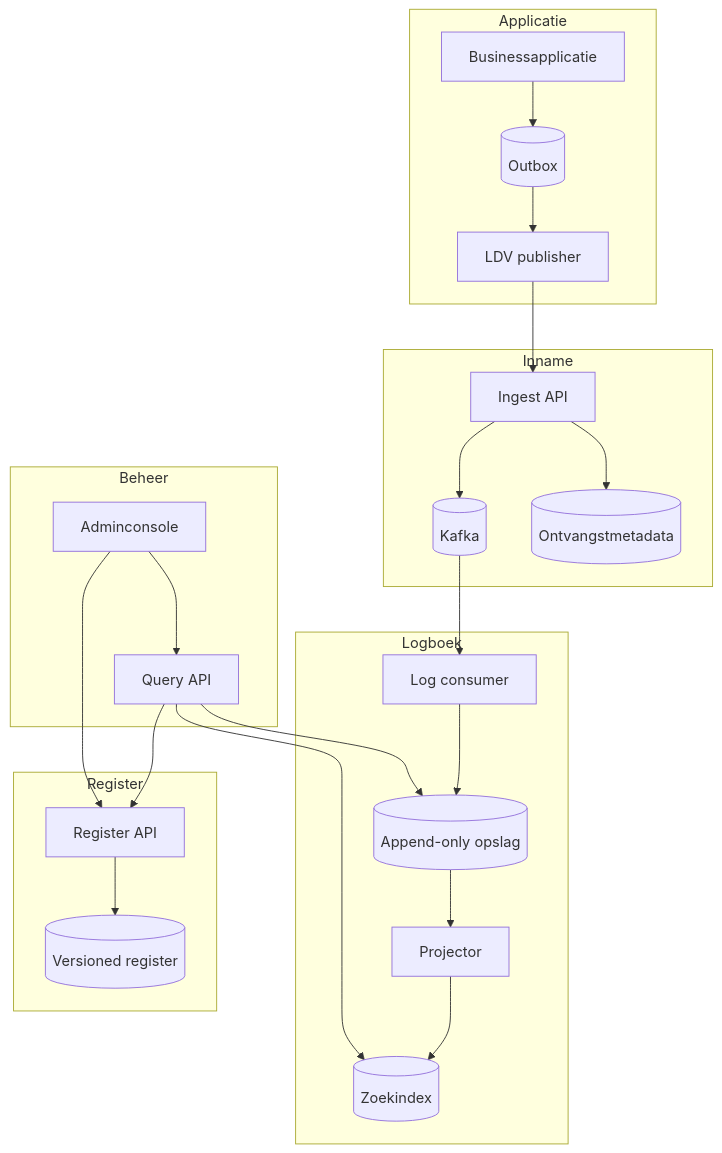
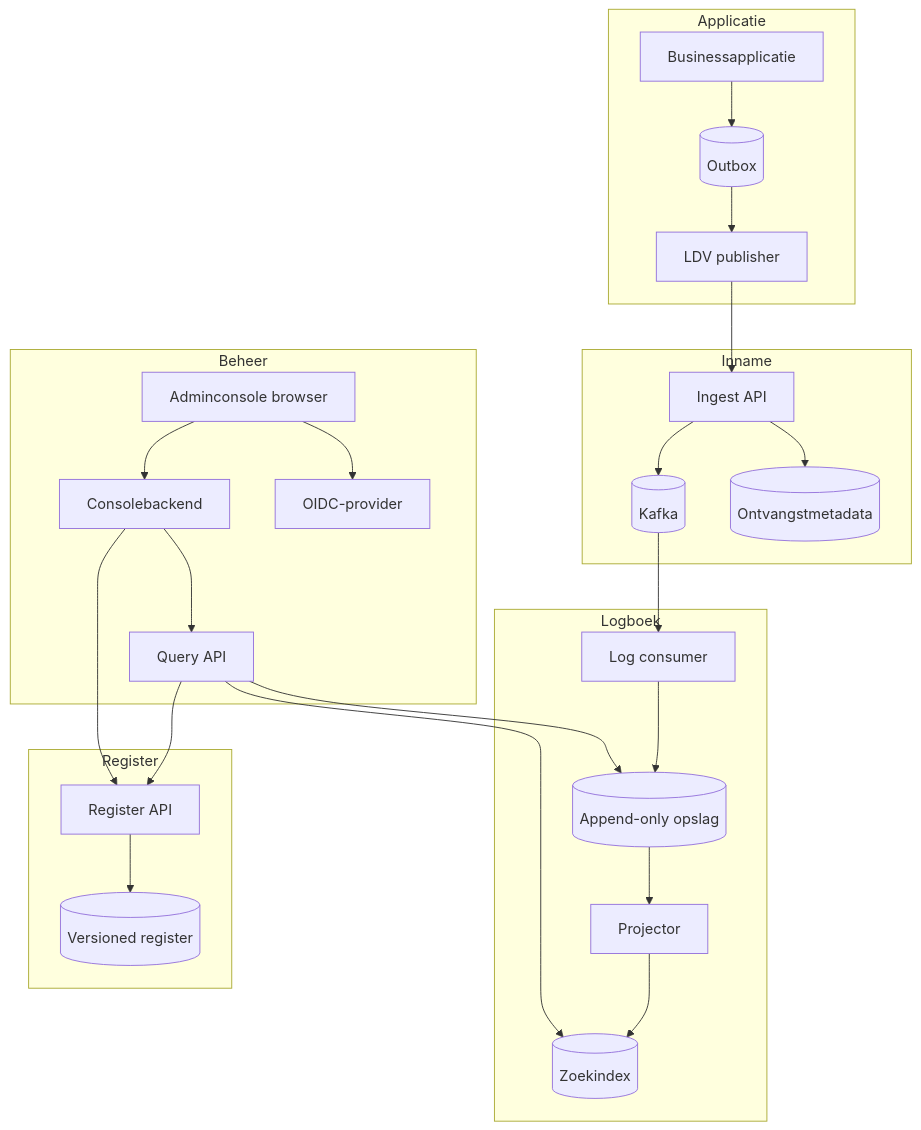
One commit to rvdkimmenade/pd-logdataverwerking changed the diagram in docs/architecture/overview.md. Above: the diagram before and after it, drawn with Mermaid. The commit also changed other lines of this file and 36 other files, not shown here.

````diff
--- a/docs/architecture/overview.md
+++ b/docs/architecture/overview.md
@@ -26,28 +26,30 @@
 ```mermaid
 flowchart TB
   subgraph Applicatie
     A[Businessapplicatie] --> O[(Outbox)]
     O --> P[LDV publisher]
   end
   subgraph Inname
     P --> G[Ingest API]
     G --> K[(Kafka)]
     G --> M[(Ontvangstmetadata)]
   end
   subgraph Logboek
     K --> C[Log consumer]
     C --> D[(Append-only opslag)]
     D --> P2[Projector]
     P2 --> I[(Zoekindex)]
   end
   subgraph Register
     R[Register API] --> RDB[(Versioned register)]
   end
   subgraph Beheer
-    UI[Adminconsole] --> Q[Query API]
+    UI[Adminconsole browser] --> B[Consolebackend]
+    UI --> OIDC[OIDC-provider]
+    B --> Q[Query API]
     Q --> I
     Q --> D
     Q --> R
-    UI --> R
+    B --> R
   end
 ```
````
